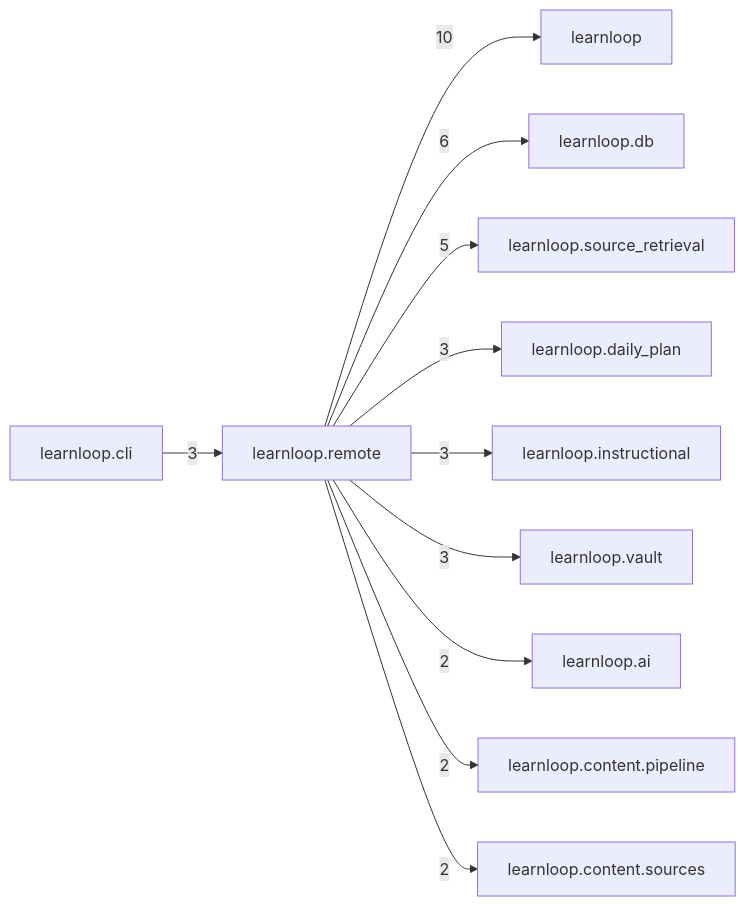
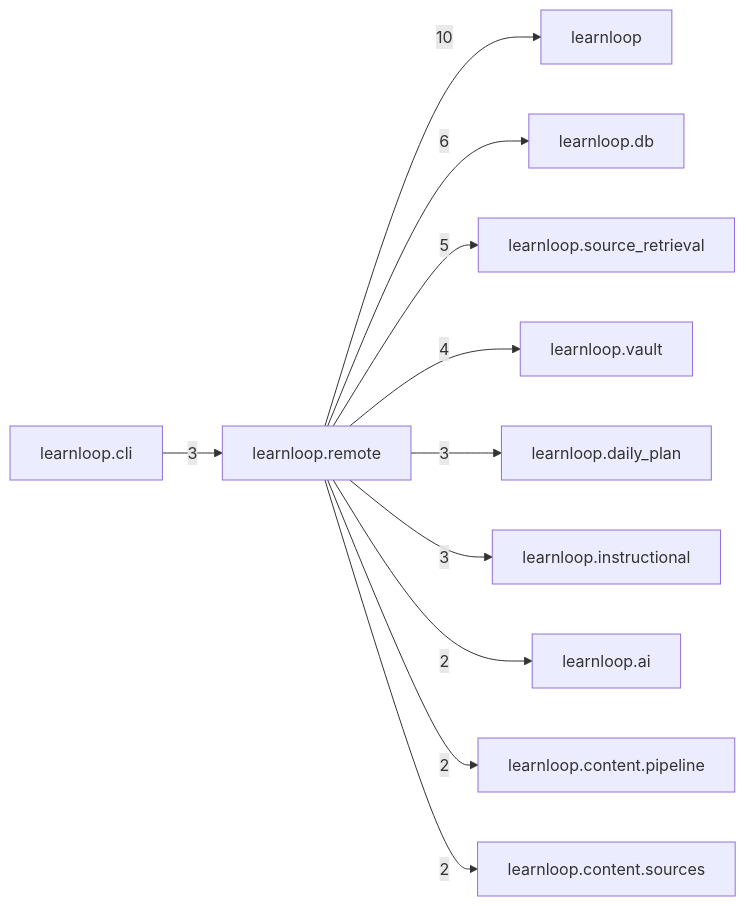
Before and after one commit to 6up-b/learnanything: the diagram in docs/learnloop-architecture-vault/Reference/Modules/learnloop/remote/_package.md, drawn with Mermaid. The commit also changed other lines of this file and 59 other files, not shown here.

````diff
--- a/docs/learnloop-architecture-vault/Reference/Modules/learnloop/remote/_package.md
+++ b/docs/learnloop-architecture-vault/Reference/Modules/learnloop/remote/_package.md
@@ -88,24 +88,24 @@
 ```mermaid
 flowchart LR
     center["learnloop.remote"]
     n_learnloop["learnloop"]
     n_learnloop_db["learnloop.db"]
     n_learnloop_source_retrieval["learnloop.source_retrieval"]
+    n_learnloop_vault["learnloop.vault"]
     n_learnloop_cli["learnloop.cli"]
     n_learnloop_daily_plan["learnloop.daily_plan"]
     n_learnloop_instructional["learnloop.instructional"]
-    n_learnloop_vault["learnloop.vault"]
     n_learnloop_ai["learnloop.ai"]
     n_learnloop_content_pipeline["learnloop.content.pipeline"]
     n_learnloop_content_sources["learnloop.content.sources"]
     center -->|10| n_learnloop
     center -->|6| n_learnloop_db
     center -->|5| n_learnloop_source_retrieval
+    center -->|4| n_learnloop_vault
     n_learnloop_cli -->|3| center
     center -->|3| n_learnloop_daily_plan
     center -->|3| n_learnloop_instructional
-    center -->|3| n_learnloop_vault
     center -->|2| n_learnloop_ai
     center -->|2| n_learnloop_content_pipeline
     center -->|2| n_learnloop_content_sources
 ```
````
